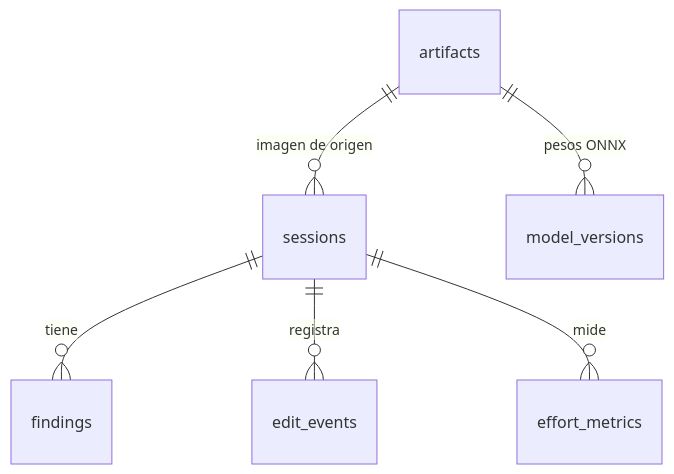
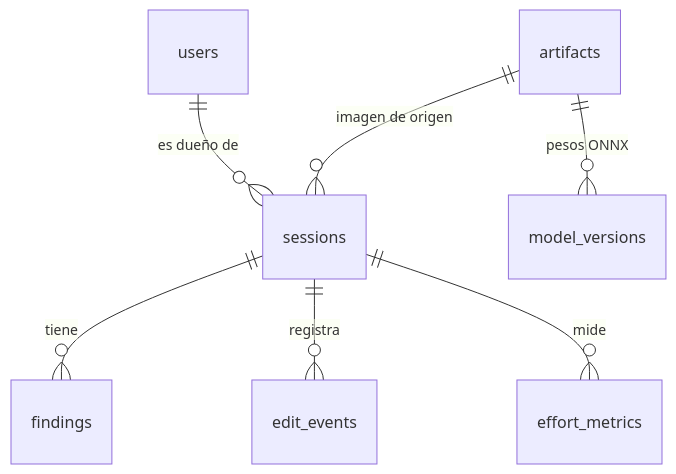
The tenth of 10 diagrams in docs/ARCHITECTURE.md (sebdavid3/Cadenza), drawn with Mermaid before and after one commit. The commit also changed other lines of this file and 8 other files, not shown here.

First line of the commit message:
docs(architecture): registrar las decisiones de entrada, autenticación y anclas

````diff
--- a/docs/ARCHITECTURE.md
+++ b/docs/ARCHITECTURE.md
@@ -656,8 +697,9 @@
 ```mermaid
 erDiagram
+    users ||--o{ sessions : "es dueño de"
     sessions ||--o{ findings : tiene
     sessions ||--o{ edit_events : registra
     sessions ||--o{ effort_metrics : mide
     artifacts ||--o{ sessions : "imagen de origen"
     artifacts ||--o{ model_versions : "pesos ONNX"
 ```
````
